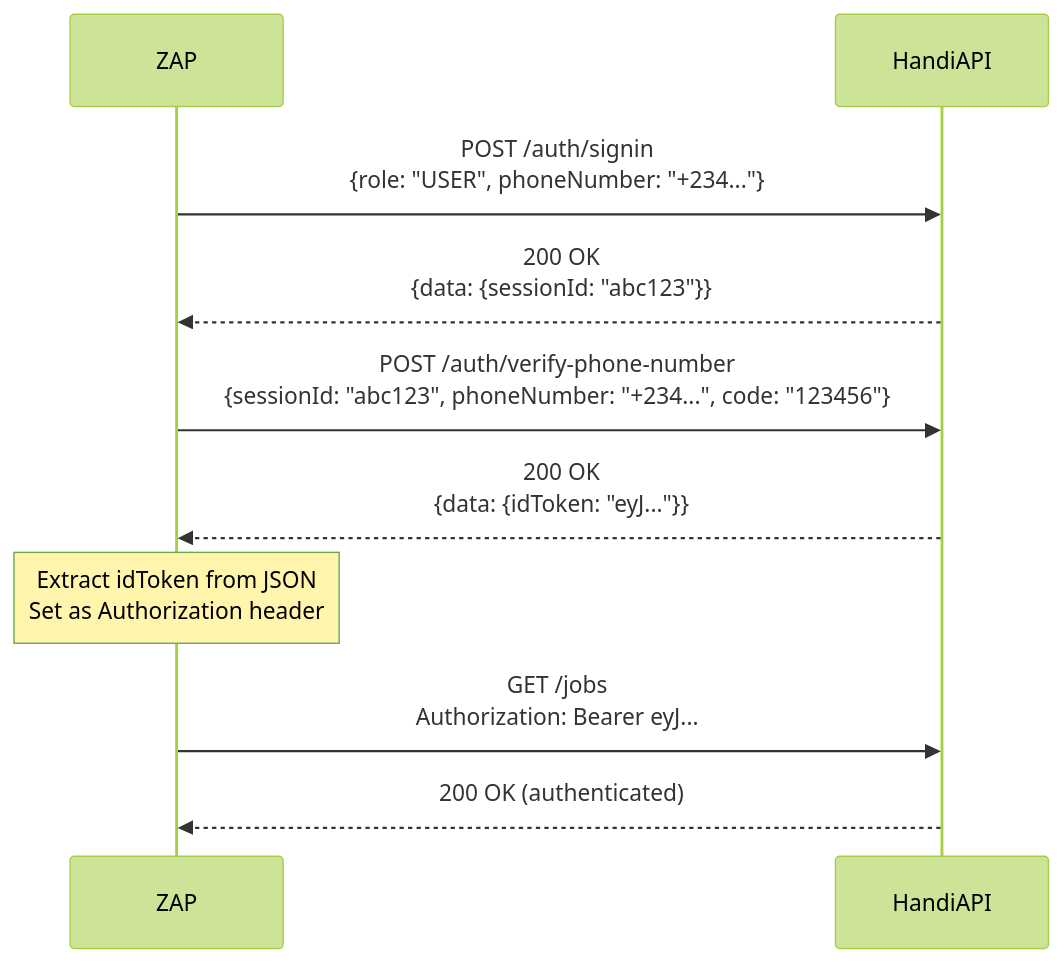
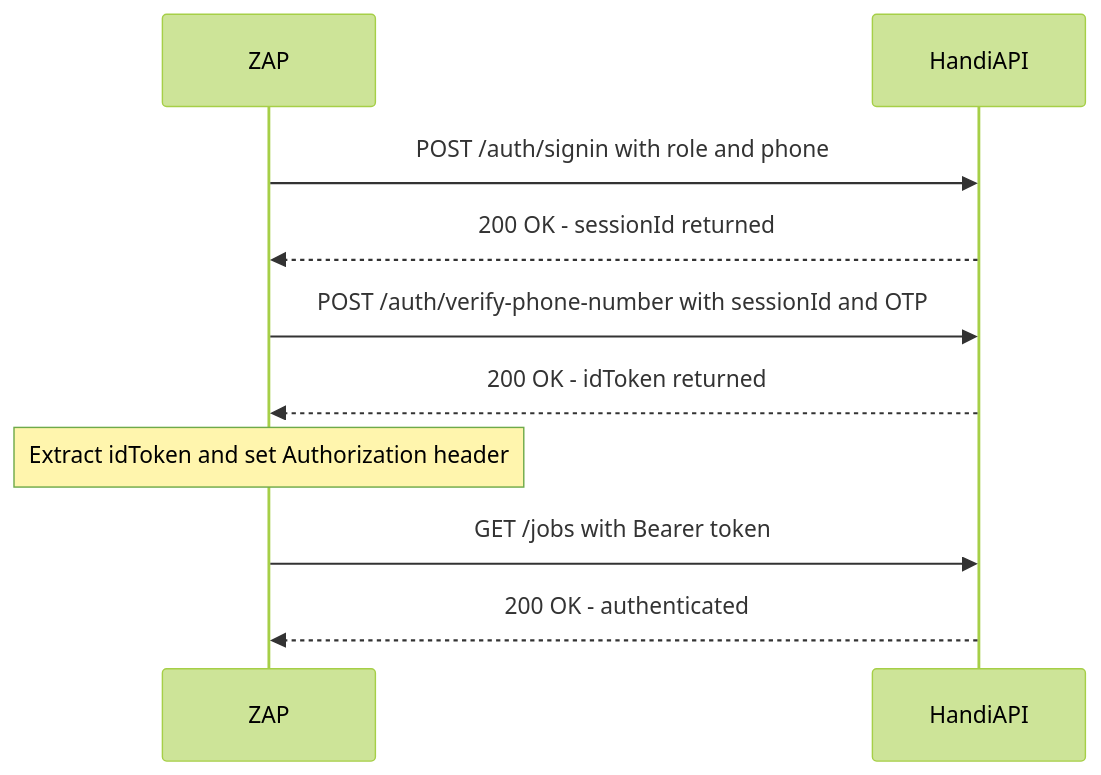
One commit to shubbbbyyyy/DASTSCANNER changed the third of 3 diagrams in docs/02-zap-automation-plan.md. Above: the diagram before and after it, drawn with Mermaid (forest theme). The commit also changed other lines of this file and 6 other files, not shown here.

First line of the commit message:
Fix Mermaid rendering issues across all docs

````diff
--- a/docs/02-zap-automation-plan.md
+++ b/docs/02-zap-automation-plan.md
@@ -99,15 +99,15 @@
 ```mermaid
 sequenceDiagram
     participant ZAP
     participant HandiAPI
 
-    ZAP->>HandiAPI: POST /auth/signin<br/>{role: "USER", phoneNumber: "+234..."}
-    HandiAPI-->>ZAP: 200 OK<br/>{data: {sessionId: "abc123"}}
+    ZAP->>HandiAPI: POST /auth/signin with role and phone
+    HandiAPI-->>ZAP: 200 OK - sessionId returned
 
-    ZAP->>HandiAPI: POST /auth/verify-phone-number<br/>{sessionId: "abc123", phoneNumber: "+234...", code: "123456"}
-    HandiAPI-->>ZAP: 200 OK<br/>{data: {idToken: "eyJ..."}}
+    ZAP->>HandiAPI: POST /auth/verify-phone-number with sessionId and OTP
+    HandiAPI-->>ZAP: 200 OK - idToken returned
 
-    Note over ZAP: Extract idToken from JSON<br/>Set as Authorization header
-    ZAP->>HandiAPI: GET /jobs<br/>Authorization: Bearer eyJ...
-    HandiAPI-->>ZAP: 200 OK (authenticated)
+    Note over ZAP: Extract idToken and set Authorization header
+    ZAP->>HandiAPI: GET /jobs with Bearer token
+    HandiAPI-->>ZAP: 200 OK - authenticated
 ```
````
